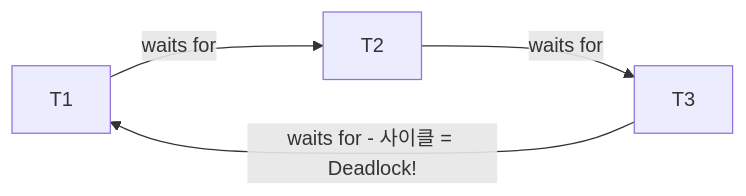
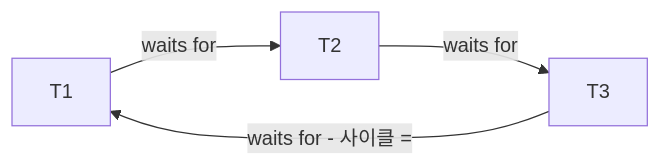
The ninth of 10 diagrams in _posts/db/2026-05-01-db-internals.md (yjkim2015/yjkim2015.github.io), drawn with Mermaid before and after one commit. The commit also changed other lines of this file and 271 other files, not shown here.

First line of the commit message:
Mermaid 라벨 축소: 긴 노드 텍스트 18자 이하로 트림 + \n 제거

````diff
--- a/_posts/db/2026-05-01-db-internals.md
+++ b/_posts/db/2026-05-01-db-internals.md
@@ -480,6 +480,6 @@
 ```mermaid
 graph LR
     T1 -->|waits for| T2
     T2 -->|waits for| T3
-    T3 -->|"waits for - 사이클 = Deadlock!"| T1
+    T3 -->|"waits for - 사이클 ="| T1
 ```
````
